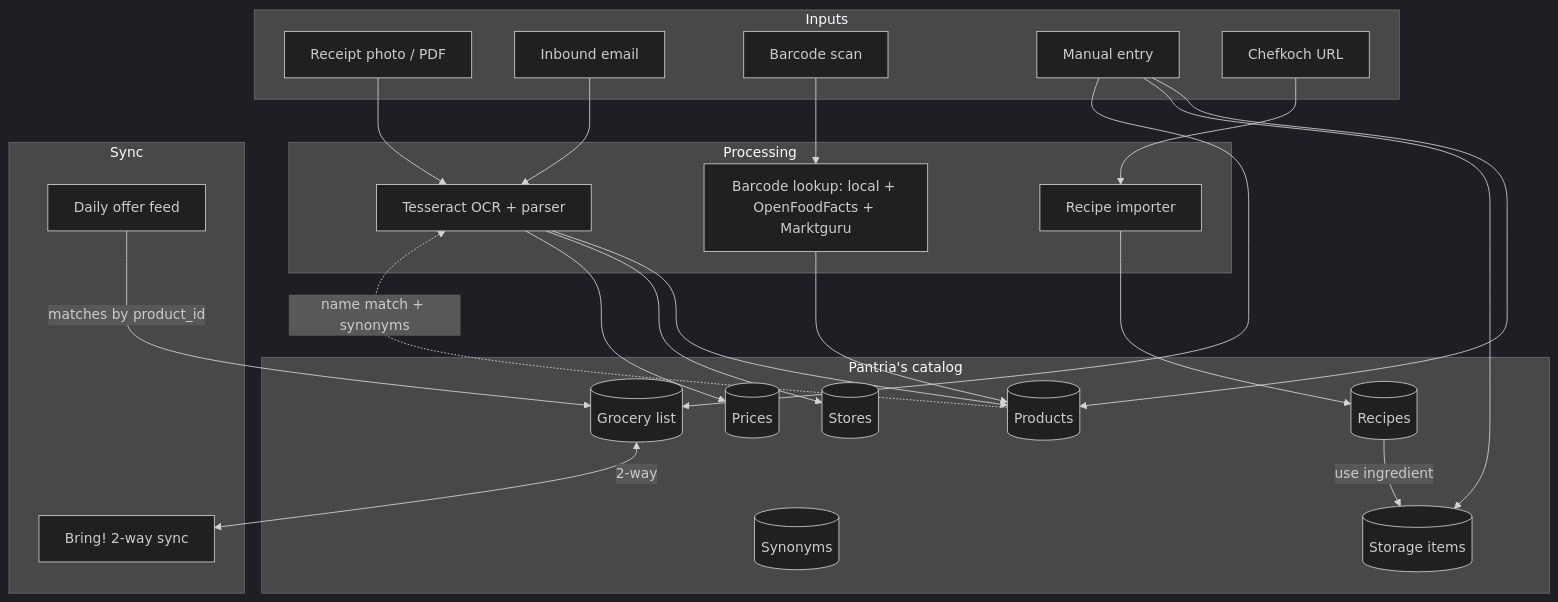
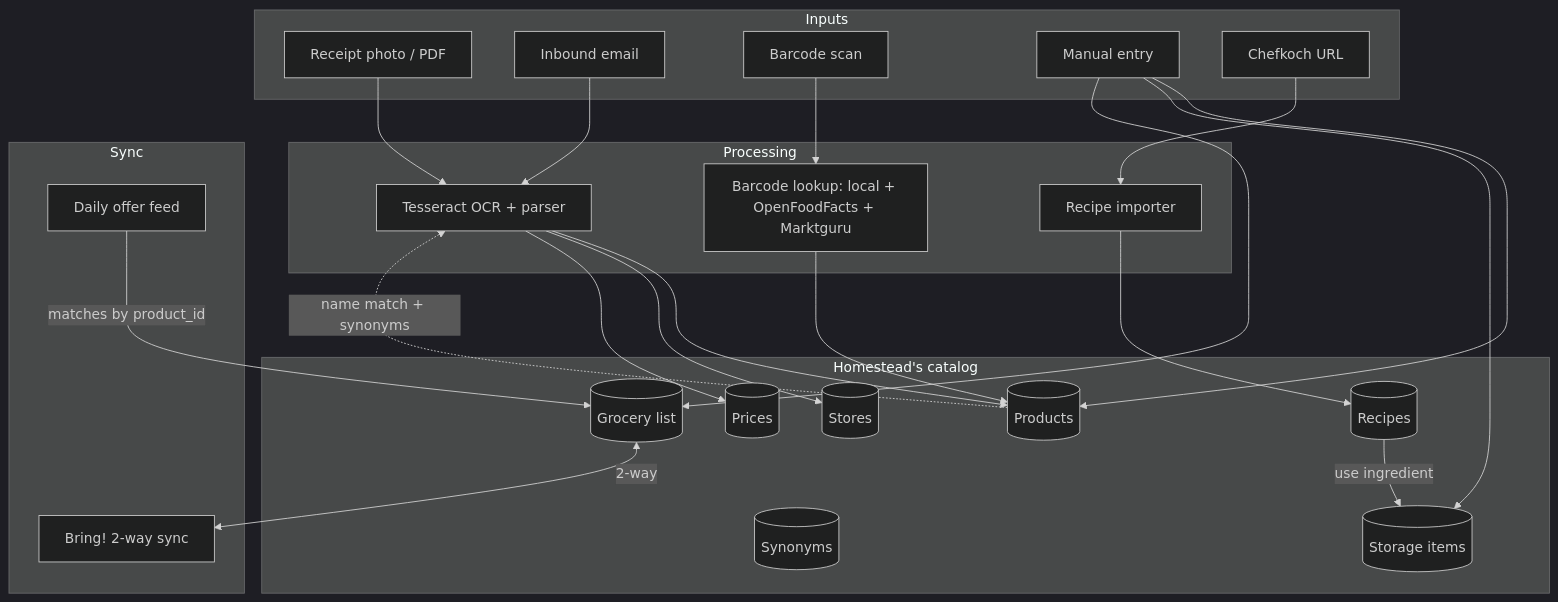
One commit to SGraef/Homestead changed the diagram in docs/features/index.md. Above: the diagram before and after it, drawn with Mermaid (dark theme). The commit also changed other lines of this file and 25 other files, not shown here.

First line of the commit message:
Rebrand (H0, docs + URLs): Pantria -> Homestead across the docs site (#17)

````diff
--- a/docs/features/index.md
+++ b/docs/features/index.md
@@ -55,42 +55,42 @@
 ```mermaid
 graph TB
   subgraph Inputs
     photo[Receipt photo / PDF]
     imap[Inbound email]
     barcode[Barcode scan]
     manual[Manual entry]
     chefkoch[Chefkoch URL]
   end
 
   subgraph Processing
     ocr[Tesseract OCR + parser]
     lookup[Barcode lookup: local + OpenFoodFacts + Marktguru]
     importer[Recipe importer]
   end
 
-  subgraph Storage["Pantria's catalog"]
+  subgraph Storage["Homestead's catalog"]
     products[(Products)]
     stores[(Stores)]
     prices[(Prices)]
     synonyms[(Synonyms)]
     storage_items[(Storage items)]
     grocery[(Grocery list)]
     recipes[(Recipes)]
   end
 
   subgraph Sync
     bring[Bring! 2-way sync]
     offers[Daily offer feed]
   end
 
   photo --> ocr --> products & stores & prices
   imap --> ocr
   barcode --> lookup --> products
   manual --> products & storage_items & grocery
   chefkoch --> importer --> recipes
 
   products -.->|name match + synonyms| ocr
   recipes -->|use ingredient| storage_items
   grocery <-->|2-way| bring
   offers -->|matches by product_id| grocery
 ```
````
